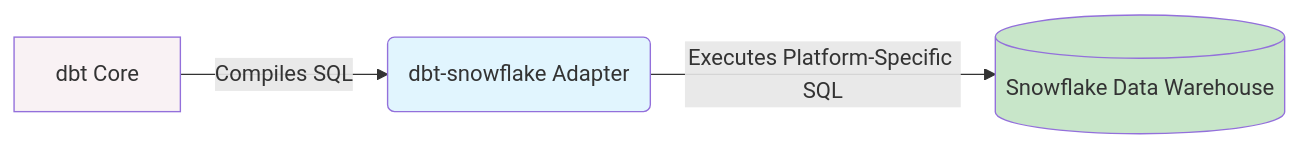
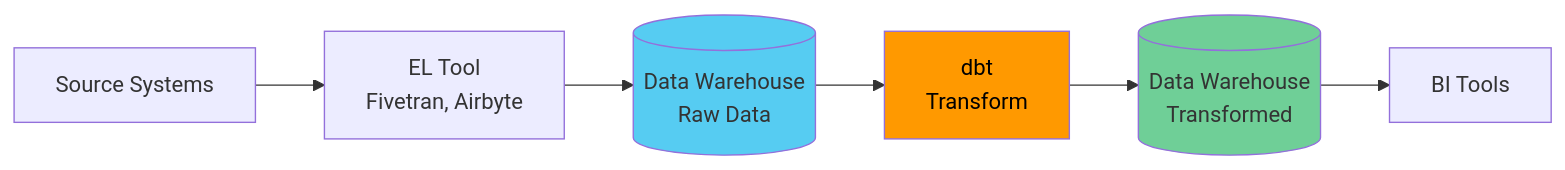
Before and after one commit to HemantSahuGit/data-engineering-notes: the third of 17 diagrams in DBT/dbt_airbnb.md, drawn with Mermaid. The commit also changed other lines of this file, not shown here.

````diff
--- a/DBT/dbt_airbnb.md
+++ b/DBT/dbt_airbnb.md
@@ -172,9 +218,12 @@
-  ```mermaid
-  graph LR
-      A[dbt Core] -- Compiles SQL --> B(dbt-snowflake Adapter)
-      B -- Executes Platform-Specific SQL --> C[(Snowflake Data Warehouse)]
-      
-      style A fill:#f9f2f4
-      style B fill:#e1f5fe
-      style C fill:#c8e6c9
-  ```
+```mermaid
+graph LR
+    A[Source Systems] --> B[EL Tool<br>Fivetran, Airbyte]
+    B --> C[(Data Warehouse<br>Raw Data)]
+    C --> D[dbt<br>Transform]
+    D --> E[(Data Warehouse<br>Transformed)]
+    E --> F[BI Tools]
+    
+    style D fill:#FF9900,color:#000
+    style C fill:#56CCF2
+    style E fill:#6FCF97
+```
````
